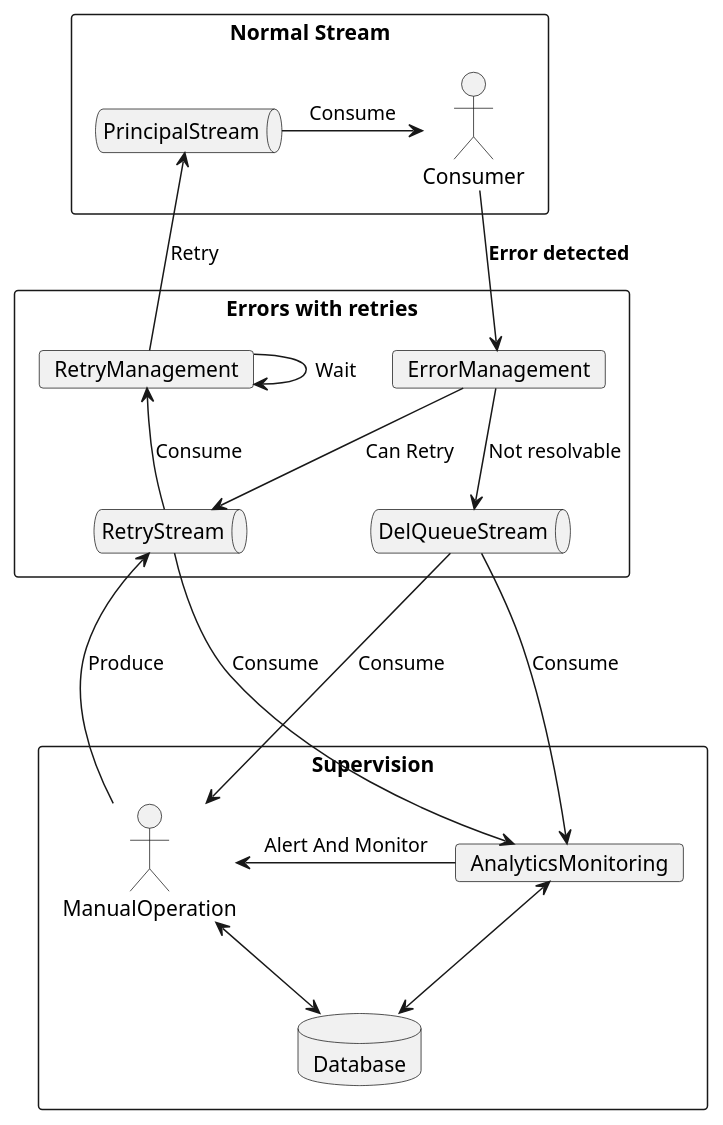
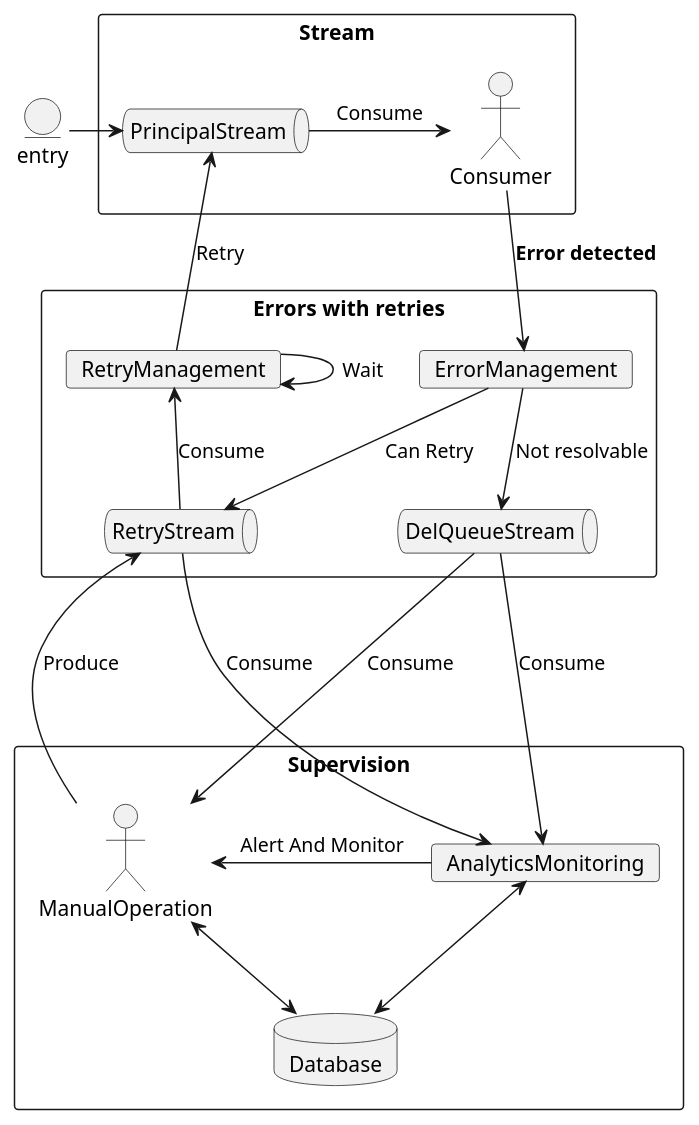
The diagram in errorFlow.wsd (buidiaconseil/ErrorManagementPattern), drawn with PlantUML before and after one commit. The commit also changed 4 other files, not shown here.

```diff
--- a/errorFlow.wsd
+++ b/errorFlow.wsd
@@ -1,39 +1,43 @@
 @startuml
 
-rectangle "Normal Stream"  {
+rectangle "Stream"  {
 queue PrincipalStream
 actor Consumer
 }
 
 rectangle "Errors with retries"  {
 card ErrorManagement
 queue RetryStream
 card RetryManagement
 
 queue DelQueueStream
 }
 rectangle "Supervision"  {
     card AnalyticsMonitoring
 actor ManualOperation
 
 
 database Database
 }
 
+entity entry
+
+entry -> PrincipalStream
+
 Consumer --> ErrorManagement : **Error detected**
 ErrorManagement --> RetryStream : Can Retry
 
 RetryManagement <-- RetryStream : Consume
 RetryManagement --> RetryManagement : Wait
 PrincipalStream <-- RetryManagement : Retry
 
 ErrorManagement --> DelQueueStream : Not resolvable
 DelQueueStream --> ManualOperation : Consume 
 ManualOperation <--> Database 
 ManualOperation -> RetryStream : Produce
 Consumer <-l- PrincipalStream : Consume
 RetryStream ---> AnalyticsMonitoring : Consume
 DelQueueStream --->AnalyticsMonitoring : Consume
 AnalyticsMonitoring->ManualOperation : Alert And Monitor
 AnalyticsMonitoring <-> Database    
 @enduml
```
